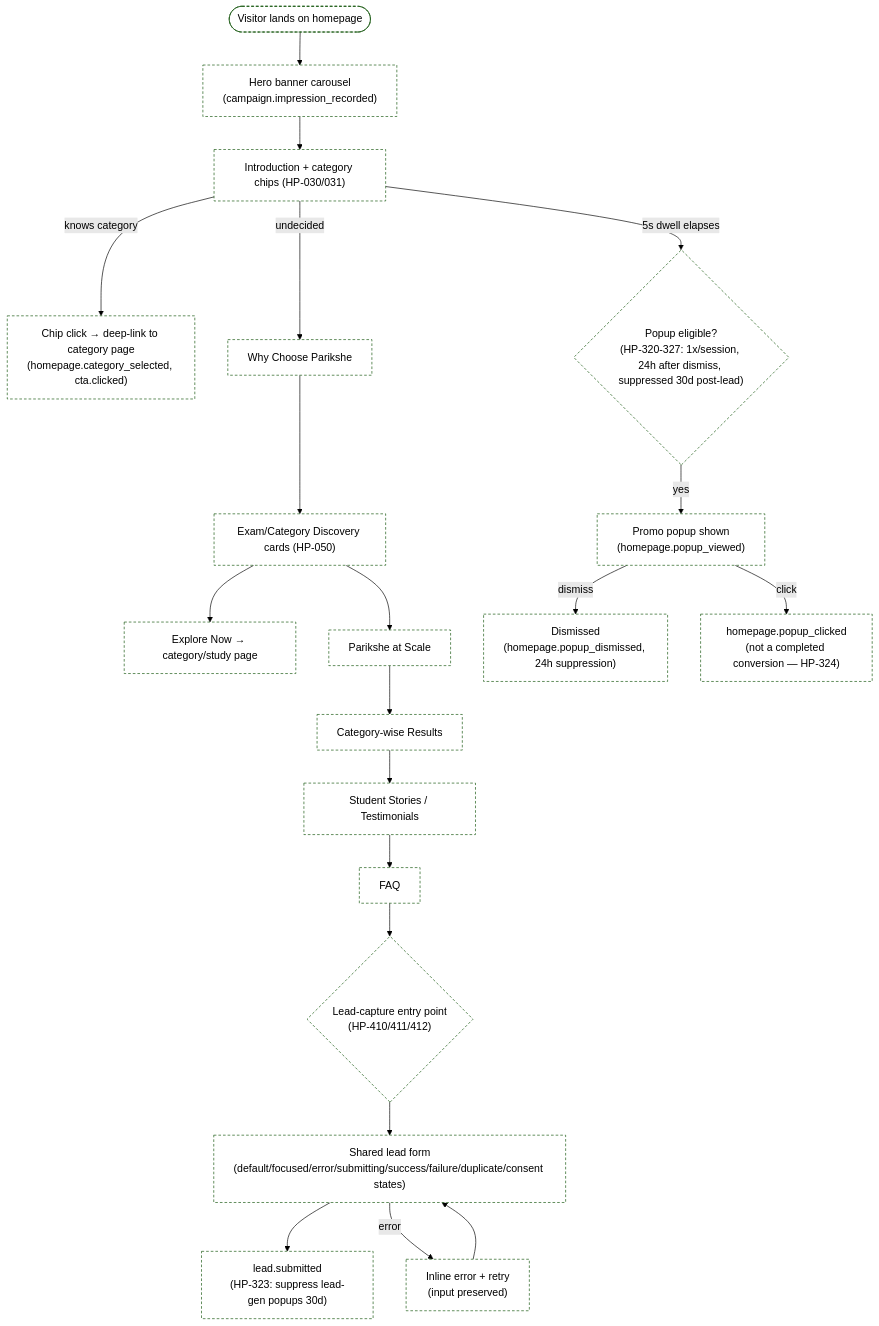
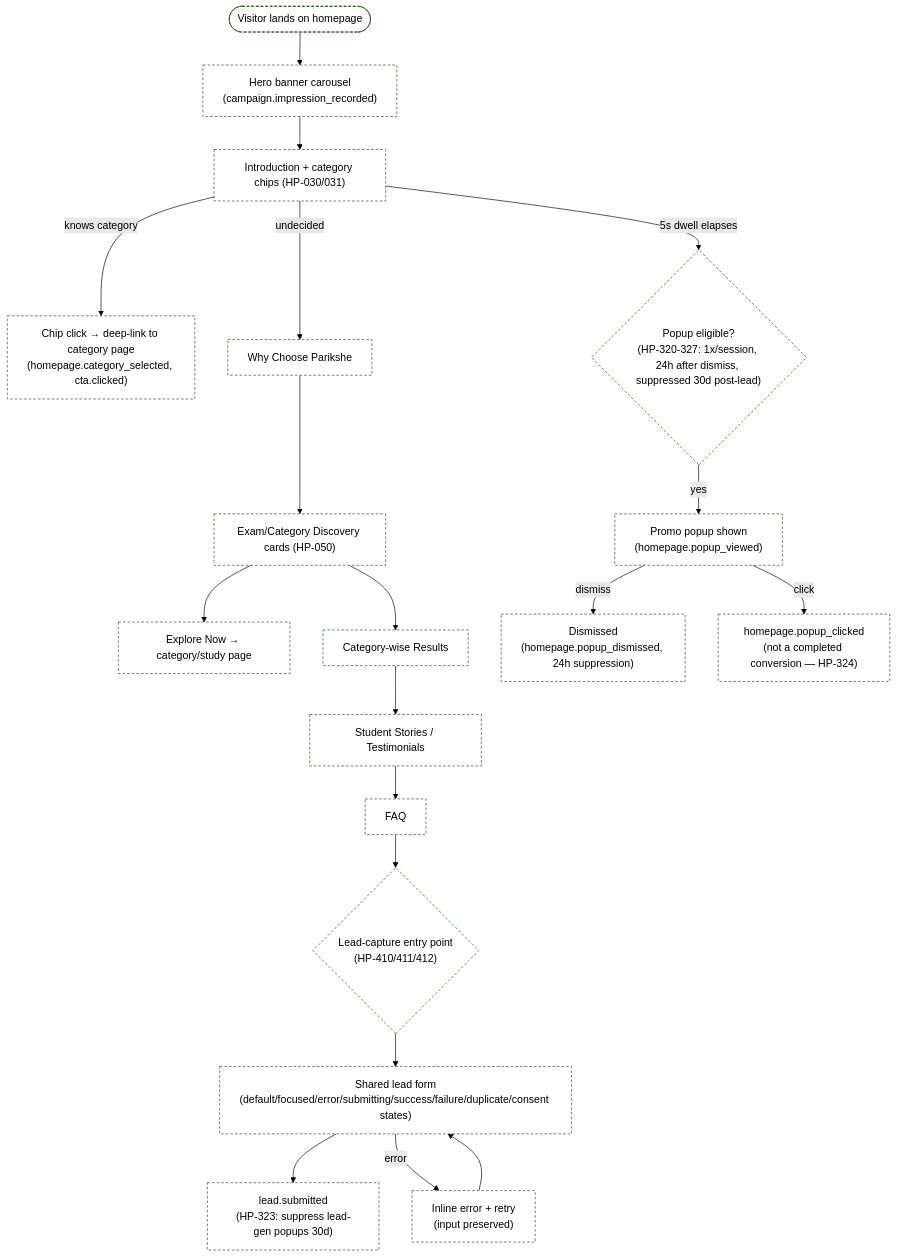
Before and after one commit to Manish21-coder/edtech-growth-platform: the fourth of 4 diagrams in docs/architecture/USER_FLOW_MAP.md, drawn with Mermaid (forest theme). The commit also changed 37 other files, not shown here.

````diff
--- a/docs/architecture/USER_FLOW_MAP.md
+++ b/docs/architecture/USER_FLOW_MAP.md
@@ -81,21 +81,21 @@
 ```mermaid
 flowchart TD
   start(["Visitor lands on homepage"]) --> hero["Hero banner carousel<br/>(campaign.impression_recorded)"]
   hero --> intro["Introduction + category chips (HP-030/031)"]
   intro -- "knows category" --> chipClick["Chip click → deep-link to category page<br/>(homepage.category_selected, cta.clicked)"]
   intro -- "undecided" --> why["Why Choose Parikshe"] --> discover["Exam/Category Discovery cards (HP-050)"]
   discover --> explore["Explore Now → category/study page"]
   intro -- "5s dwell elapses" --> popupElig{"Popup eligible?<br/>(HP-320-327: 1x/session, 24h after dismiss, suppressed 30d post-lead)"}
   popupElig -- yes --> popup["Promo popup shown<br/>(homepage.popup_viewed)"]
   popup -- dismiss --> popupDismiss["Dismissed<br/>(homepage.popup_dismissed, 24h suppression)"]
   popup -- click --> popupClick["homepage.popup_clicked<br/>(not a completed conversion — HP-324)"]
-  discover --> scale["Parikshe at Scale"] --> results["Category-wise Results"] --> stories["Student Stories / Testimonials"]
+  discover --> results["Category-wise Results"] --> stories["Student Stories / Testimonials"]
   stories --> faq["FAQ"]
   faq --> leadEntry{"Lead-capture entry point<br/>(HP-410/411/412)"}
   leadEntry --> form["Shared lead form<br/>(default/focused/error/submitting/success/failure/duplicate/consent states)"]
   form --> submitOk["lead.submitted<br/>(HP-323: suppress lead-gen popups 30d)"]
   form -- error --> formErr["Inline error + retry<br/>(input preserved)"] --> form
 
   classDef proposed stroke-dasharray:4 3,fill:#fff;
-  class start,hero,intro,chipClick,why,discover,explore,popupElig,popup,popupDismiss,popupClick,scale,results,stories,faq,leadEntry,form,submitOk,formErr proposed;
+  class start,hero,intro,chipClick,why,discover,explore,popupElig,popup,popupDismiss,popupClick,results,stories,faq,leadEntry,form,submitOk,formErr proposed;
 ```
````
